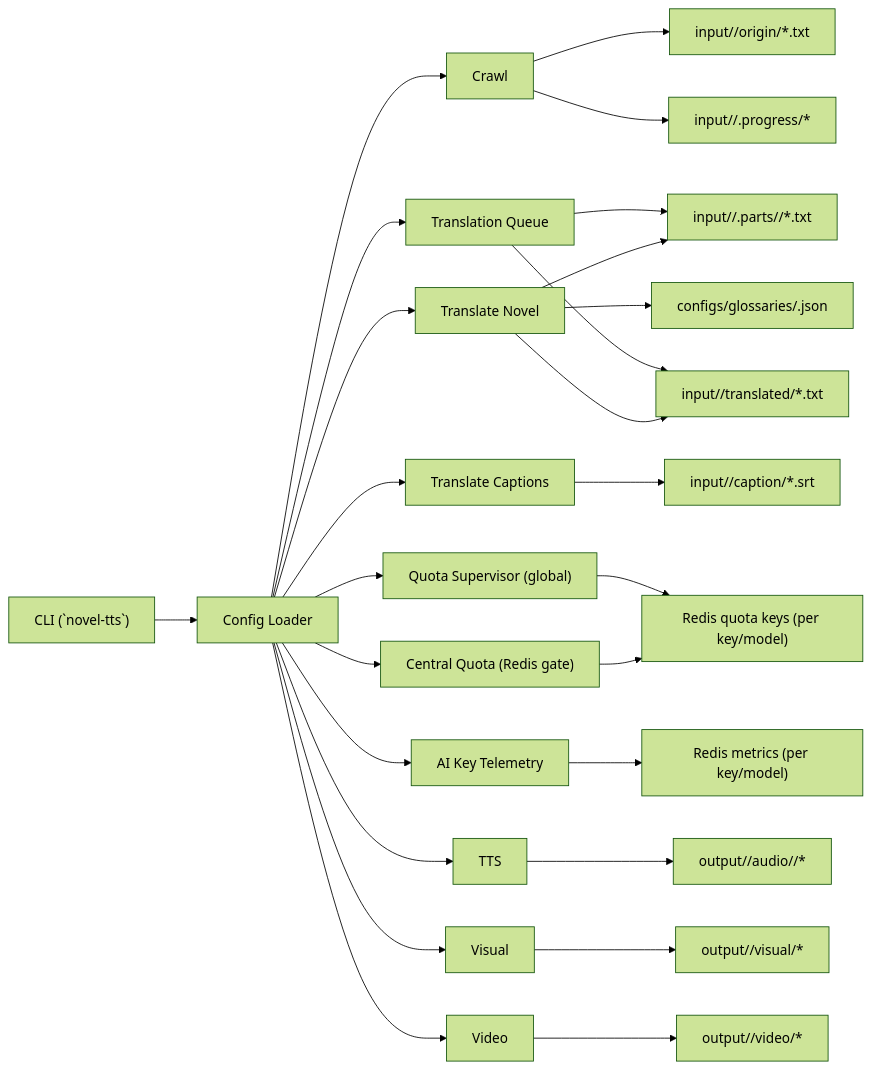
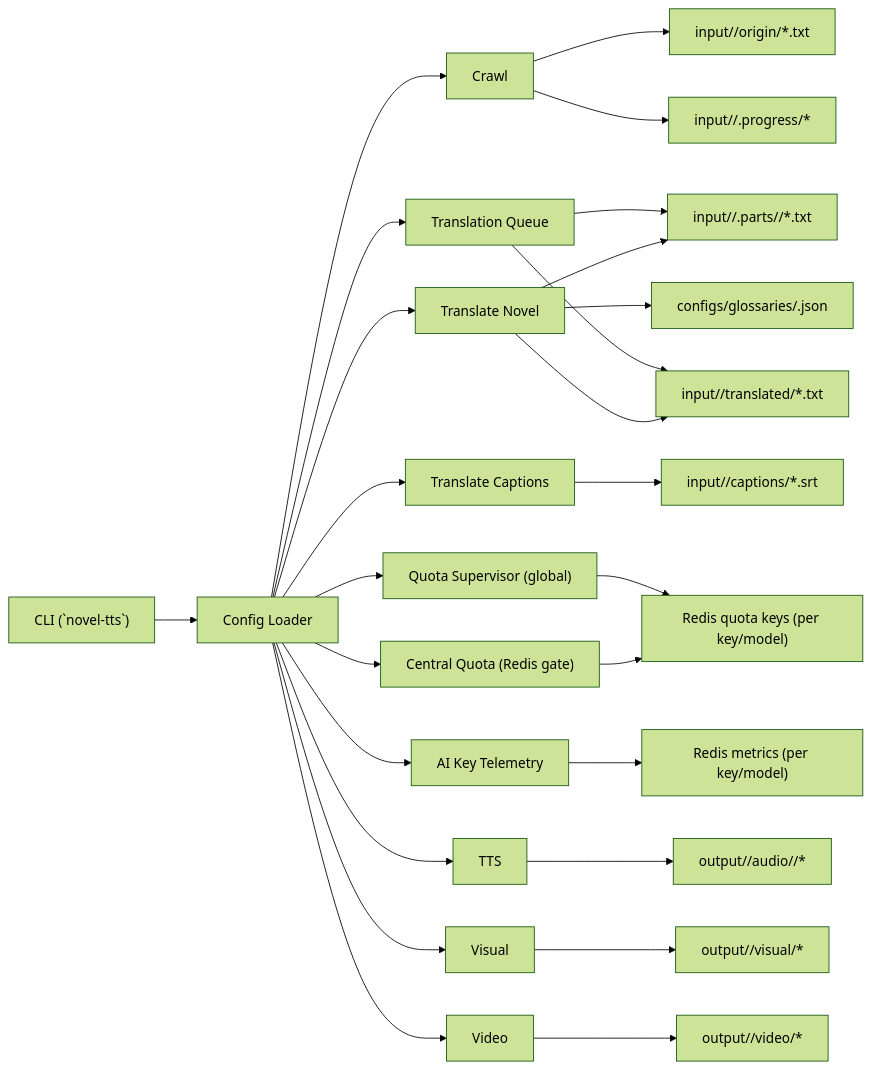
Before and after one commit to danielpham765/novel-tts: the first of 8 diagrams in docs/ARCHITECTURE.md, drawn with Mermaid (forest theme). The commit also changed other lines of this file and 39 other files, not shown here.

````diff
--- a/docs/ARCHITECTURE.md
+++ b/docs/ARCHITECTURE.md
@@ -25,29 +25,29 @@
 ```mermaid
 flowchart LR
     CLI["CLI (`novel-tts`)"] --> CFG["Config Loader"]
     CFG --> CRAWL["Crawl"]
     CFG --> TRANS["Translate Novel"]
     CFG --> CAP["Translate Captions"]
     CFG --> QUEUE["Translation Queue"]
     CFG --> QUOTA["Central Quota (Redis gate)"]
     CFG --> QUOTASUP["Quota Supervisor (global)"]
     CFG --> AIKEY["AI Key Telemetry"]
     CFG --> TTS["TTS"]
     CFG --> VIS["Visual"]
     CFG --> VID["Video"]
 
     CRAWL --> ORIGIN["input/<novel>/origin/*.txt"]
     CRAWL --> PROGRESS["input/<novel>/.progress/*"]
     TRANS --> PARTS["input/<novel>/.parts/<batch>/*.txt"]
     TRANS --> TRANSLATED["input/<novel>/translated/*.txt"]
     TRANS --> GLOSSARY["configs/glossaries/<novel>.json"]
-    CAP --> CAPTION["input/<novel>/caption/*.srt"]
+    CAP --> CAPTION["input/<novel>/captions/*.srt"]
     QUEUE --> PARTS
     QUEUE --> TRANSLATED
     QUOTA --> REDISQUOTA["Redis quota keys (per key/model)"]
     QUOTASUP --> REDISQUOTA
     AIKEY --> REDISMETRICS["Redis metrics (per key/model)"]
     TTS --> AUDIO["output/<novel>/audio/<range>/*"]
     VIS --> VISUAL["output/<novel>/visual/*"]
     VID --> VIDEO["output/<novel>/video/*"]
 ```
````
